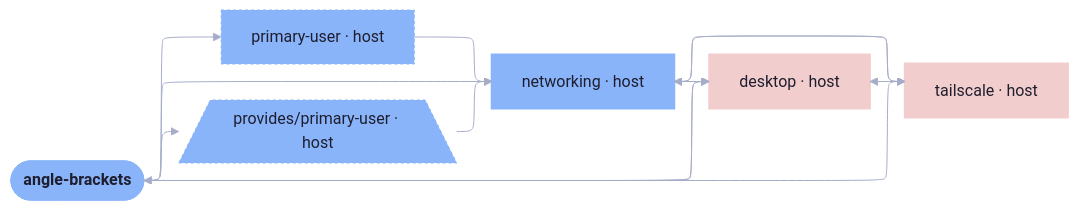
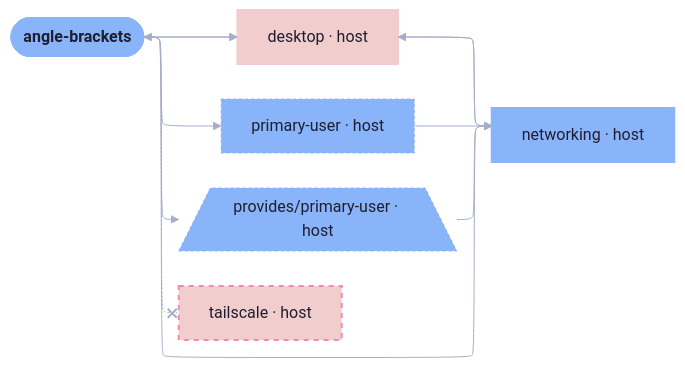
One commit to sini/den changed the diagram in templates/diag-fx-demo/diagrams/angle-brackets-adapters.md. Above: the diagram before and after it, drawn with Mermaid. The commit also changed 526 other files, not shown here.

Commit message:
chore: update fx diagrams

````diff
--- a/templates/diag-fx-demo/diagrams/angle-brackets-adapters.md
+++ b/templates/diag-fx-demo/diagrams/angle-brackets-adapters.md
@@ -5,33 +5,29 @@
 ```mermaid
 %%{init: {"elk":{"mergeEdges":true,"nodePlacementStrategy":"BRANDES_KOEPF"},"layout":"elk","theme":"base","themeVariables":{"activationBkgColor":"#313244","activationBorderColor":"#6c7086","actorBkg":"#313244","actorBorder":"#a6adc8","actorLineColor":"#a6adc8","actorTextColor":"#cdd6f4","background":"#1e1e2e","classText":"#cdd6f4","clusterBkg":"#313244","clusterBorder":"#6c7086","edgeLabelBackground":"#1e1e2e","labelBoxBkgColor":"#313244","labelBoxBorderColor":"#a6adc8","labelTextColor":"#cdd6f4","lineColor":"#a6adc8","loopTextColor":"#cdd6f4","mainBkg":"#313244","nodeBkg":"#313244","nodeBorder":"#a6adc8","nodeTextColor":"#cdd6f4","noteBkgColor":"#313244","noteBorderColor":"#6c7086","noteTextColor":"#cdd6f4","pie1":"#f38ba8","pie2":"#fab387","pie3":"#f9e2af","pie4":"#a6e3a1","pie5":"#94e2d5","pie6":"#89b4fa","pie7":"#cba6f7","pie8":"#f2cdcd","pieLegendTextColor":"#cdd6f4","pieOuterStrokeColor":"#6c7086","pieSectionTextColor":"#cdd6f4","pieStrokeColor":"#6c7086","pieTitleTextColor":"#cdd6f4","primaryBorderColor":"#a6adc8","primaryColor":"#313244","primaryTextColor":"#cdd6f4","secondBkg":"#313244","secondaryBorderColor":"#6c7086","secondaryColor":"#313244","secondaryTextColor":"#cdd6f4","sequenceNumberColor":"#1e1e2e","signalColor":"#a6adc8","signalTextColor":"#cdd6f4","tertiaryBorderColor":"#6c7086","tertiaryColor":"#313244","tertiaryTextColor":"#cdd6f4","textColor":"#cdd6f4","titleColor":"#cdd6f4"}}}%%
 graph LR
   angle_brackets([angle-brackets]):::root
   desktop["desktop · host"]:::desktop_c
   networking["networking · host"]:::networking_c
   primary_user["primary-user · host"]:::primary_user_c
   den__provides__primary_user[/"provides/primary-user · host"\]:::den__provides__primary_user_c
   tailscale["tailscale · host"]:::tailscale_c
 
   angle_brackets --> desktop
   angle_brackets --> networking
-  angle_brackets --> tailscale
   angle_brackets --> primary_user
   angle_brackets --> den__provides__primary_user
+  angle_brackets -.-x tailscale
   den__provides__primary_user --> networking
   desktop --> angle_brackets
   desktop --> networking
-  desktop --> tailscale
   networking --> desktop
-  tailscale --> desktop
-  tailscale --> networking
-  networking --> tailscale
   primary_user --> networking
 
   classDef root fill:#89b4fa,stroke:#89b4fa,color:#1e1e2e,font-weight:bold
   classDef angle_brackets_c fill:#89b4fa,stroke:#89b4fa,color:#1e1e2e,stroke-width:3px
   classDef desktop_c fill:#f2cdcd,stroke:#f2cdcd,color:#1e1e2e,stroke-width:2px
   classDef networking_c fill:#89b4fa,stroke:#89b4fa,color:#1e1e2e,stroke-width:2px
   classDef primary_user_c fill:#89b4fa,stroke:#89b4fa,color:#1e1e2e,stroke-dasharray: 3 3,stroke-width:1px
   classDef den__provides__primary_user_c fill:#89b4fa,stroke:#89b4fa,color:#1e1e2e,stroke-dasharray: 3 3,stroke-width:1px
-  classDef tailscale_c fill:#f2cdcd,stroke:#f2cdcd,color:#1e1e2e,stroke-width:2px
+  classDef tailscale_c fill:#f2cdcd,stroke:#f38ba8,color:#1e1e2e,stroke-dasharray: 5 5,stroke-width:2px
 ```
````
